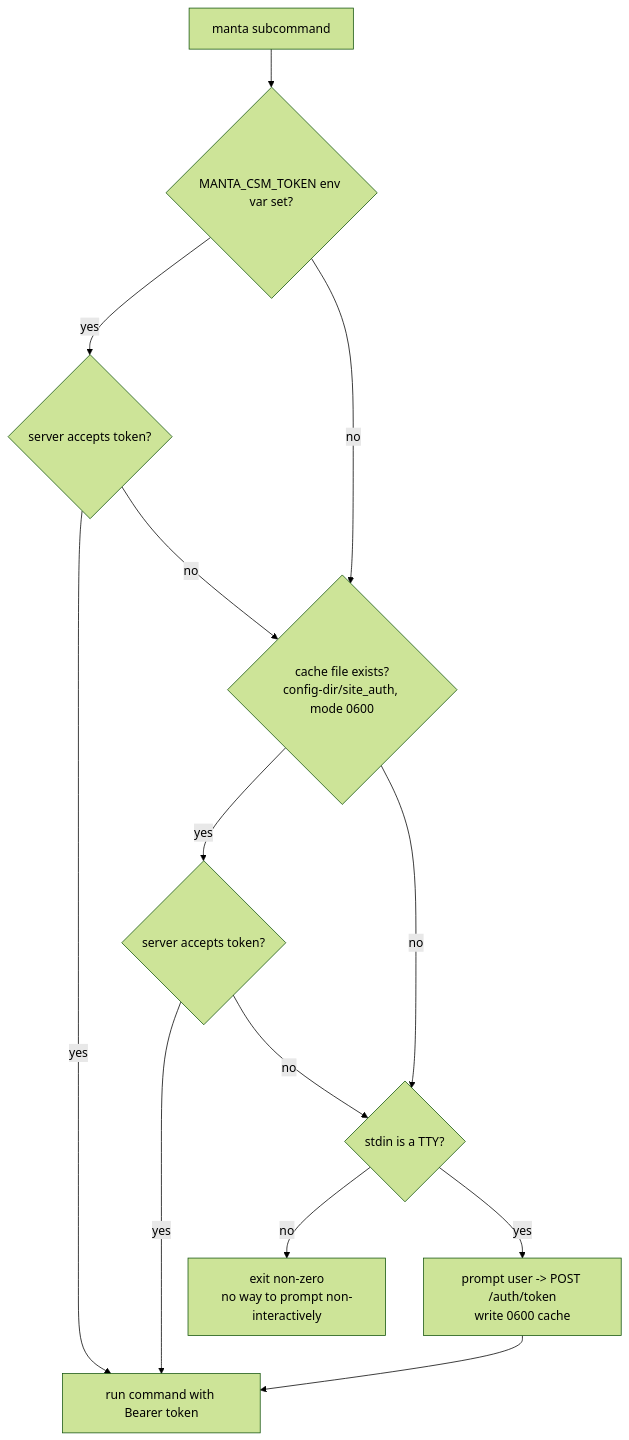
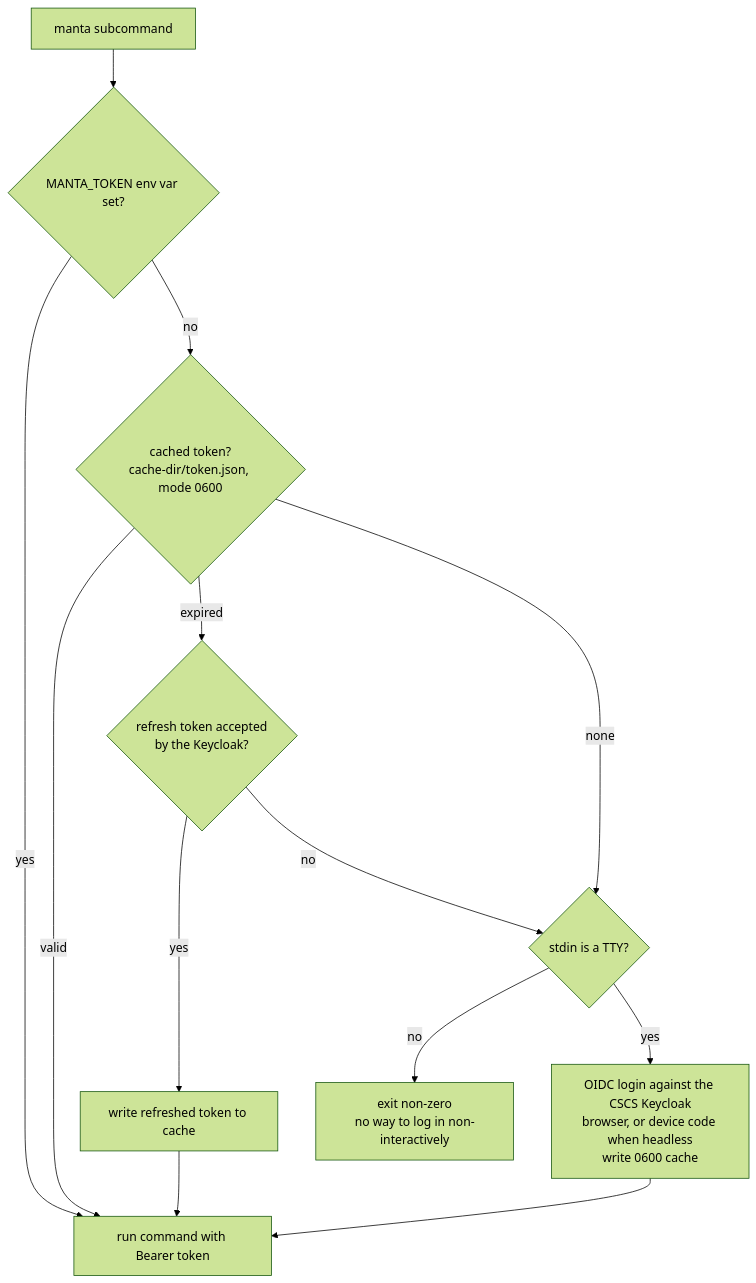
One commit to eth-cscs/manta changed the fourth of 4 diagrams in GUIDE.md. Above: the diagram before and after it, drawn with Mermaid (forest theme). The commit also changed other lines of this file and 9 other files, not shown here.

First line of the commit message:
docs: document CSCS-Keycloak login and the removed server auth

````diff
--- a/GUIDE.md
+++ b/GUIDE.md
@@ -766,15 +766,14 @@
 ```mermaid
 flowchart TD
-    Start[manta subcommand] --> Env{MANTA_CSM_TOKEN env var set?}
-    Env -->|yes| ValEnv{server accepts token?}
-    Env -->|no| Cache
-    ValEnv -->|yes| Run[run command with Bearer token]
-    ValEnv -->|no| Cache{cache file exists?<br/>config-dir/site_auth, mode 0600}
-    Cache -->|yes| ValCache{server accepts token?}
-    Cache -->|no| TTY{stdin is a TTY?}
-    ValCache -->|yes| Run
-    ValCache -->|no| TTY
-    TTY -->|no| Fail[exit non-zero<br/>no way to prompt non-interactively]
-    TTY -->|yes| Prompt[prompt user -> POST /auth/token<br/>write 0600 cache]
-    Prompt --> Run
+    Start[manta subcommand] --> Env{MANTA_TOKEN env var set?}
+    Env -->|yes| Run[run command with Bearer token]
+    Env -->|no| Cache{cached token?<br/>cache-dir/token.json, mode 0600}
+    Cache -->|valid| Run
+    Cache -->|expired| Refresh{refresh token accepted<br/>by the Keycloak?}
+    Refresh -->|yes| Save[write refreshed token to cache] --> Run
+    Refresh -->|no| TTY
+    Cache -->|none| TTY{stdin is a TTY?}
+    TTY -->|no| Fail[exit non-zero<br/>no way to log in non-interactively]
+    TTY -->|yes| Login[OIDC login against the CSCS Keycloak<br/>browser, or device code when headless<br/>write 0600 cache]
+    Login --> Run
 ```
````
